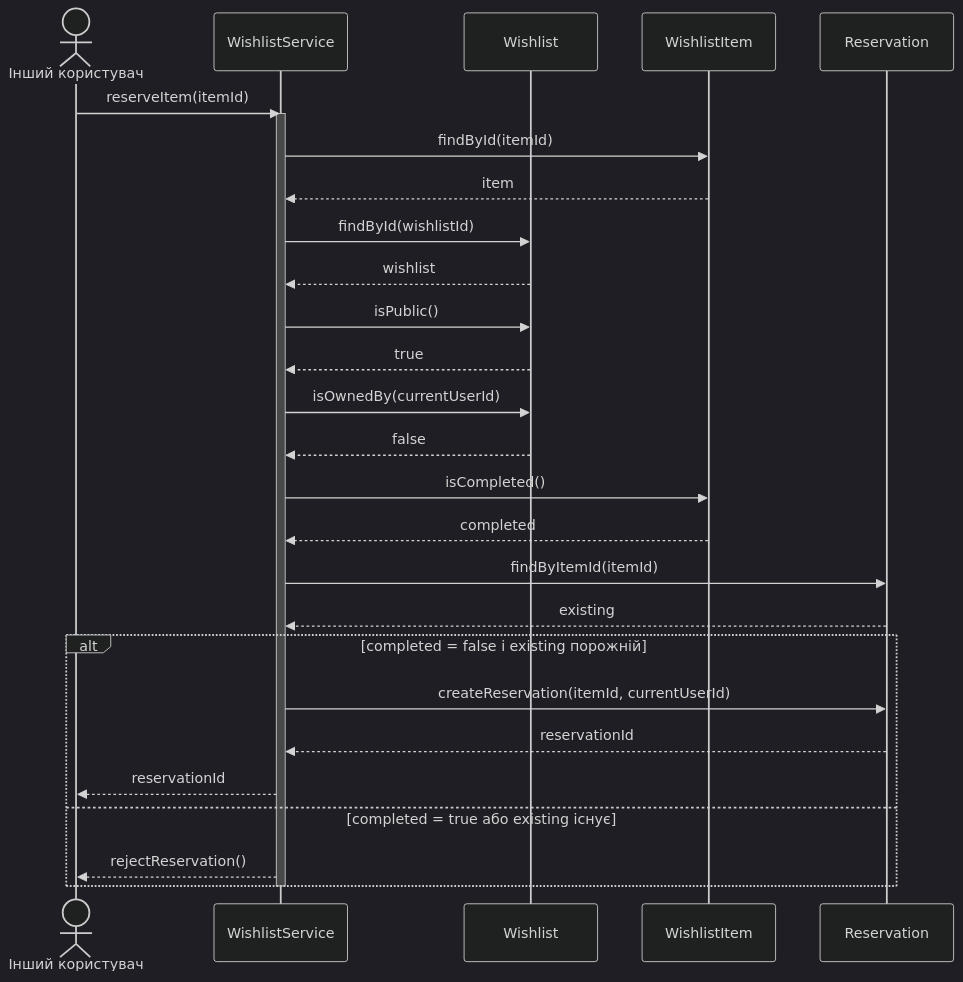
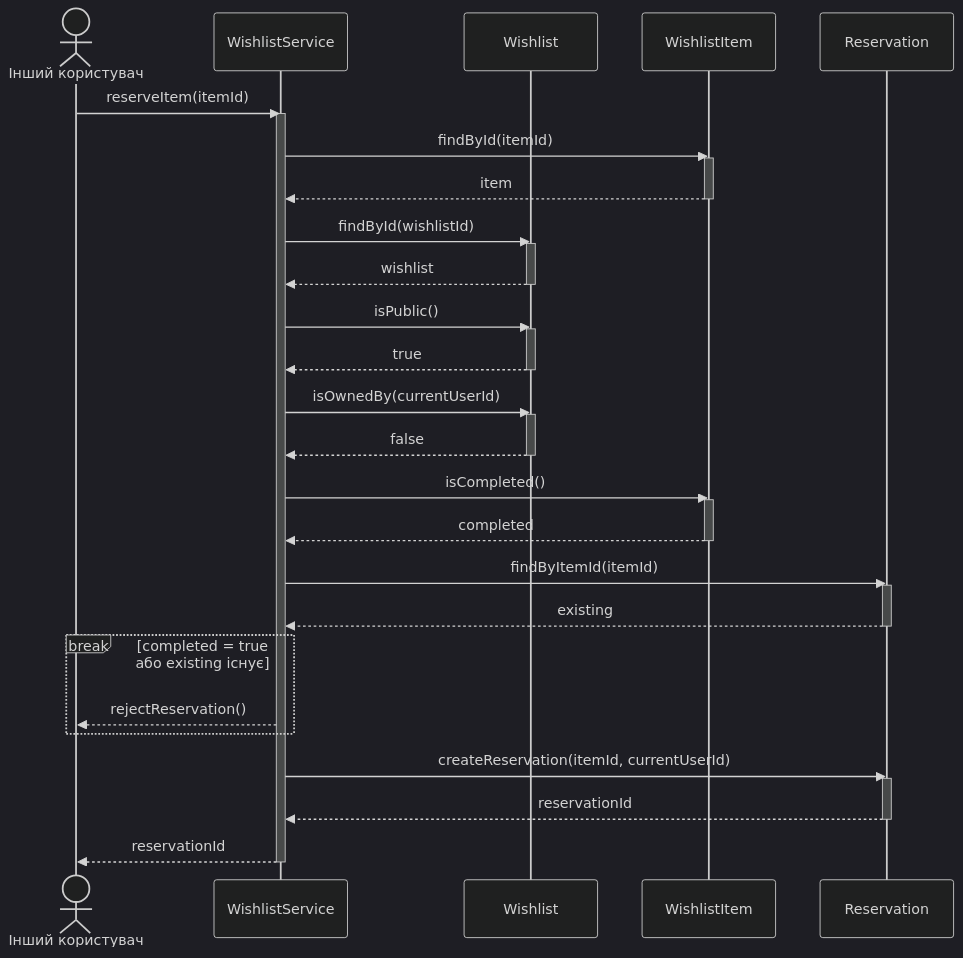
The diagram in lab3/sc-03-reserve-item.md (mariiahosp/kpi-labs), drawn with Mermaid (dark theme) before and after one commit. The commit also changed 8 other files, not shown here.

````diff
--- a/lab3/sc-03-reserve-item.md
+++ b/lab3/sc-03-reserve-item.md
@@ -3,32 +3,45 @@
 ```mermaid
 sequenceDiagram
     actor User as Інший користувач
     participant S as WishlistService
     participant W as Wishlist
     participant Item as WishlistItem
     participant R as Reservation
 
     User->>S: reserveItem(itemId)
     activate S
     S->>Item: findById(itemId)
+    activate Item
     Item-->>S: item
+    deactivate Item
     S->>W: findById(wishlistId)
+    activate W
     W-->>S: wishlist
+    deactivate W
     S->>W: isPublic()
+    activate W
     W-->>S: true
+    deactivate W
     S->>W: isOwnedBy(currentUserId)
+    activate W
     W-->>S: false
+    deactivate W
     S->>Item: isCompleted()
+    activate Item
     Item-->>S: completed
+    deactivate Item
     S->>R: findByItemId(itemId)
+    activate R
     R-->>S: existing
+    deactivate R
 
-    alt completed = false і existing порожній
-        S->>R: createReservation(itemId, currentUserId)
-        R-->>S: reservationId
-        S-->>User: reservationId
-    else completed = true або existing існує
+    break completed = true або existing існує
         S-->>User: rejectReservation()
     end
+    S->>R: createReservation(itemId, currentUserId)
+    activate R
+    R-->>S: reservationId
+    deactivate R
+    S-->>User: reservationId
     deactivate S
 ```
````
